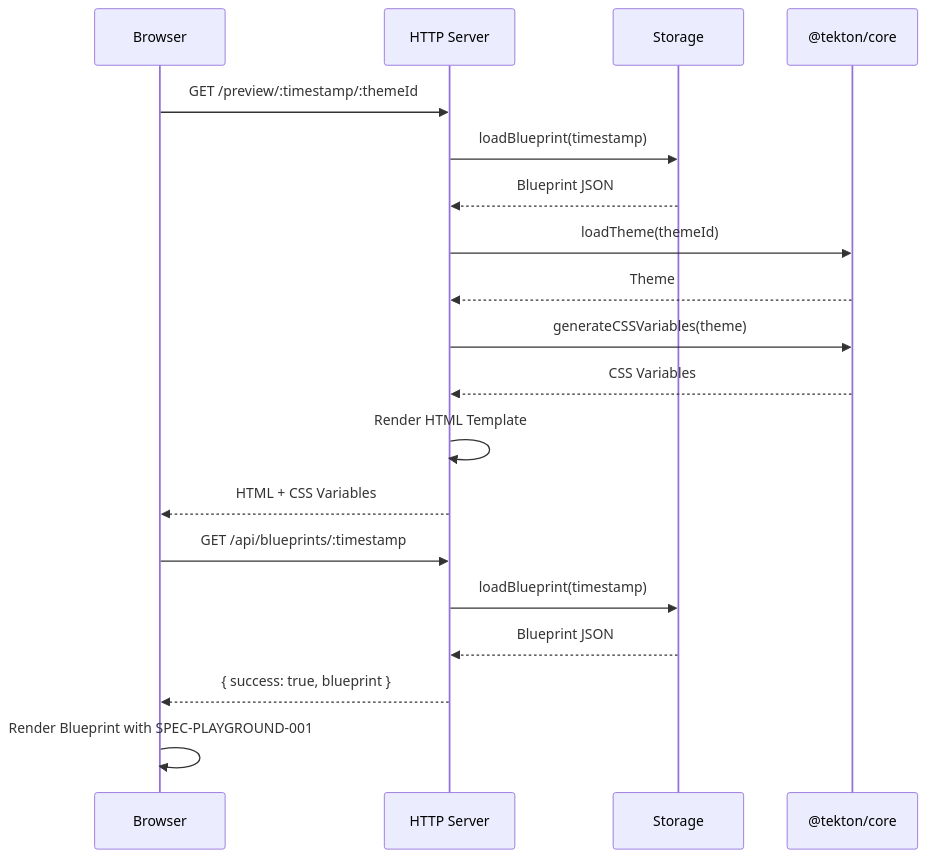
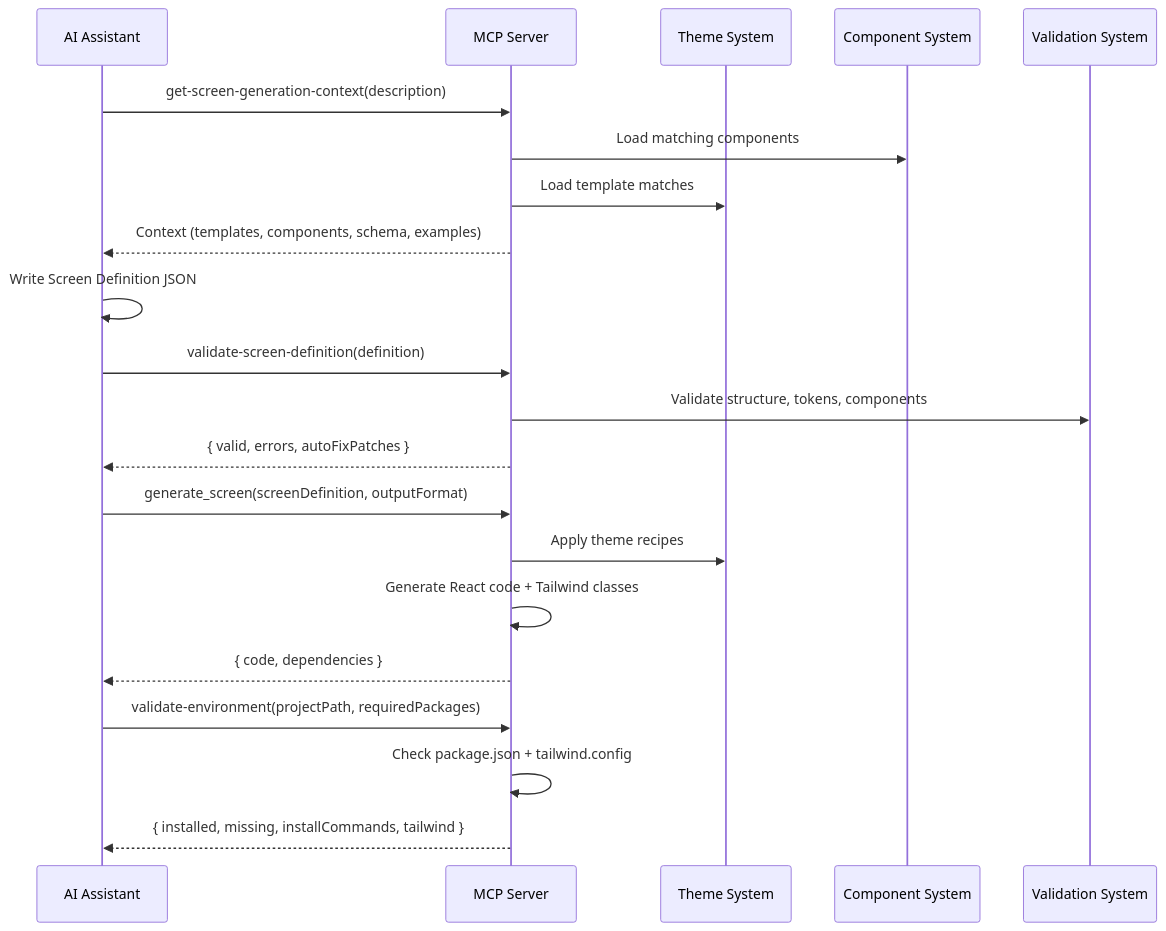
One commit to soo-kate-yeon/framingui changed the fourth of 4 diagrams in packages/mcp-server/docs/04-architecture.md. Above: the diagram before and after it, drawn with Mermaid. The commit also changed other lines of this file and 6 other files, not shown here.

First line of the commit message:
docs(mcp-server): rewrite all docs for v0.4.5

````diff
--- a/packages/mcp-server/docs/04-architecture.md
+++ b/packages/mcp-server/docs/04-architecture.md
@@ -312,27 +281,28 @@
 ```mermaid
 sequenceDiagram
-    participant Browser
-    participant HTTP as HTTP Server
-    participant Storage
-    participant Core as @tekton/core
+    participant AI as AI Assistant
+    participant MCP as MCP Server
+    participant TS as Theme System
+    participant CS as Component System
+    participant VS as Validation System
 
-    Browser->>HTTP: GET /preview/:timestamp/:themeId
-    HTTP->>Storage: loadBlueprint(timestamp)
-    Storage-->>HTTP: Blueprint JSON
+    AI->>MCP: get-screen-generation-context(description)
+    MCP->>CS: Load matching components
+    MCP->>TS: Load template matches
+    MCP-->>AI: Context (templates, components, schema, examples)
 
-    HTTP->>Core: loadTheme(themeId)
-    Core-->>HTTP: Theme
+    AI->>AI: Write Screen Definition JSON
 
-    HTTP->>Core: generateCSSVariables(theme)
-    Core-->>HTTP: CSS Variables
+    AI->>MCP: validate-screen-definition(definition)
+    MCP->>VS: Validate structure, tokens, components
+    MCP-->>AI: { valid, errors, autoFixPatches }
 
-    HTTP->>HTTP: Render HTML Template
-    HTTP-->>Browser: HTML + CSS Variables
+    AI->>MCP: generate_screen(screenDefinition, outputFormat)
+    MCP->>TS: Apply theme recipes
+    MCP->>MCP: Generate React code + Tailwind classes
+    MCP-->>AI: { code, dependencies }
 
-    Browser->>HTTP: GET /api/blueprints/:timestamp
-    HTTP->>Storage: loadBlueprint(timestamp)
-    Storage-->>HTTP: Blueprint JSON
-    HTTP-->>Browser: { success: true, blueprint }
-
-    Browser->>Browser: Render Blueprint with SPEC-PLAYGROUND-001
+    AI->>MCP: validate-environment(projectPath, requiredPackages)
+    MCP->>MCP: Check package.json + tailwind.config
+    MCP-->>AI: { installed, missing, installCommands, tailwind }
 ```
````
